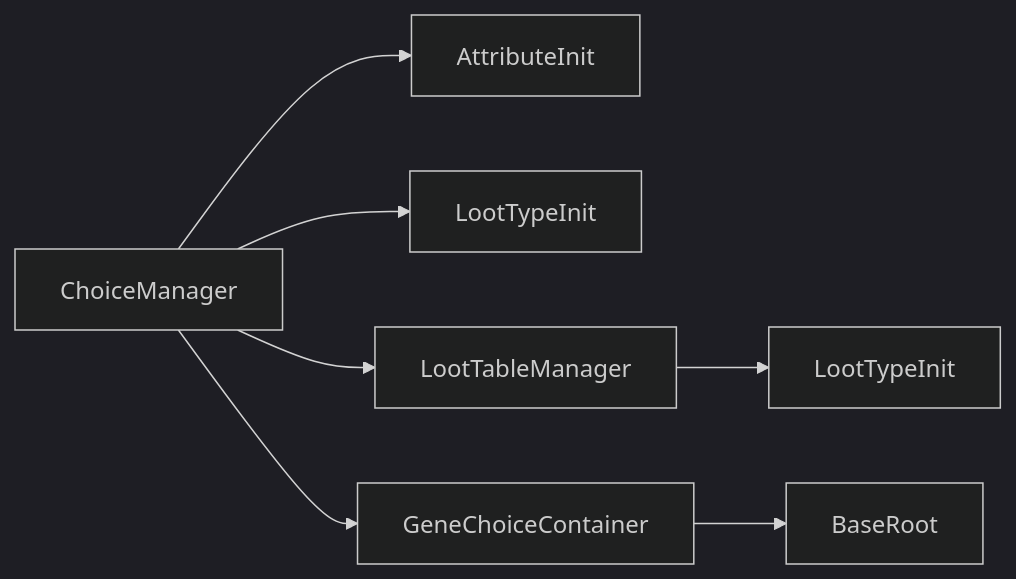
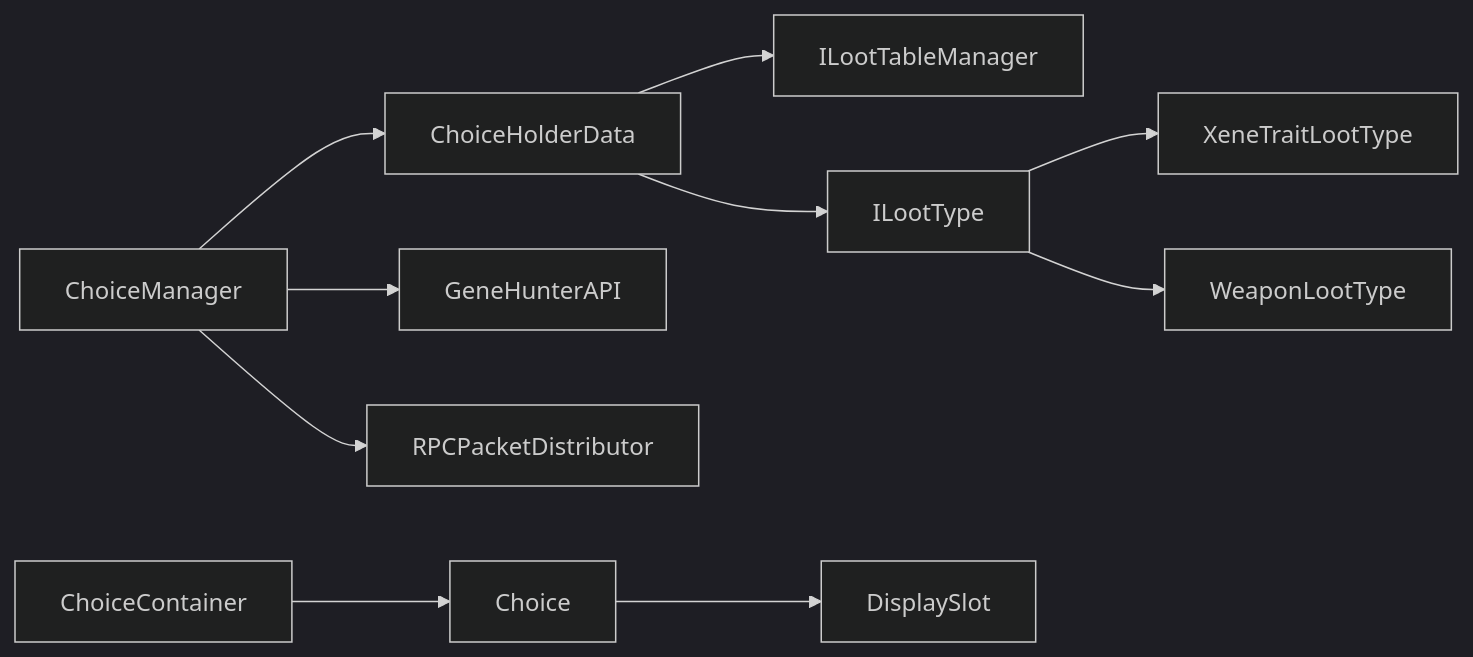
Before and after one commit to Ver-shift/SubModulesGeneHunter: the sixth of 6 diagrams in .qoder/repowiki/zh/content/API参考文档/BiotechAPI核心接口/基因选择管理.md, drawn with Mermaid (dark theme). The commit also changed other lines of this file and 42 other files, not shown here.

````diff
--- a/.qoder/repowiki/zh/content/API参考文档/BiotechAPI核心接口/基因选择管理.md
+++ b/.qoder/repowiki/zh/content/API参考文档/BiotechAPI核心接口/基因选择管理.md
@@ -311,9 +345,12 @@
 ```mermaid
 graph LR
-CM["ChoiceManager"] --> AI["AttributeInit"]
-CM --> LT["LootTypeInit"]
-CM --> LTM["LootTableManager"]
-CM --> GCC["GeneChoiceContainer"]
-LTM --> LTI["LootTypeInit"]
-GCC --> BR["BaseRoot"]
+CM["ChoiceManager"] --> CHD["ChoiceHolderData"]
+CM --> API["GeneHunterAPI"]
+CM --> RPC["RPCPacketDistributor"]
+CHD --> LDTM["ILootTableManager"]
+CHD --> ILT["ILootType"]
+ILT --> XTL["XeneTraitLootType"]
+ILT --> WLT["WeaponLootType"]
+UI["ChoiceContainer"] --> CE["Choice"]
+CE --> DS["DisplaySlot"]
 ```
````
